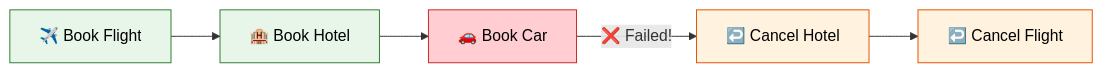
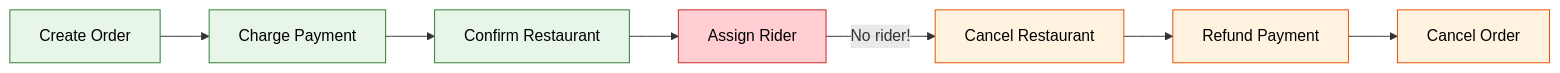
The first of 7 diagrams in docs/microservices/SagaDesignPattern.md (saivamsikaruturi/vamsilabs-dev-notes-main), drawn with Mermaid before and after one commit. The commit also changed other lines of this file and 21 other files, not shown here.

````diff
--- a/docs/microservices/SagaDesignPattern.md
+++ b/docs/microservices/SagaDesignPattern.md
@@ -14,13 +32,17 @@
 ```mermaid
 flowchart LR
-    A["✈️ Book Flight"] --> B["🏨 Book Hotel"]
-    B --> C["🚗 Book Car"]
-    C -->|"❌ Failed!"| D["↩️ Cancel Hotel"]
-    D --> E["↩️ Cancel Flight"]
+    A["Create Order"] --> B["Charge Payment"]
+    B --> C["Confirm Restaurant"]
+    C --> D["Assign Rider"]
+    D -->|"No rider!"| E["Cancel Restaurant"]
+    E --> F["Refund Payment"]
+    F --> G["Cancel Order"]
     
     style A fill:#E8F5E9,stroke:#2E7D32,color:#000
     style B fill:#E8F5E9,stroke:#2E7D32,color:#000
-    style C fill:#FFCDD2,stroke:#C62828,color:#000
-    style D fill:#FFF3E0,stroke:#E65100,color:#000
+    style C fill:#E8F5E9,stroke:#2E7D32,color:#000
+    style D fill:#FFCDD2,stroke:#C62828,color:#000
     style E fill:#FFF3E0,stroke:#E65100,color:#000
+    style F fill:#FFF3E0,stroke:#E65100,color:#000
+    style G fill:#FFF3E0,stroke:#E65100,color:#000
 ```
````
